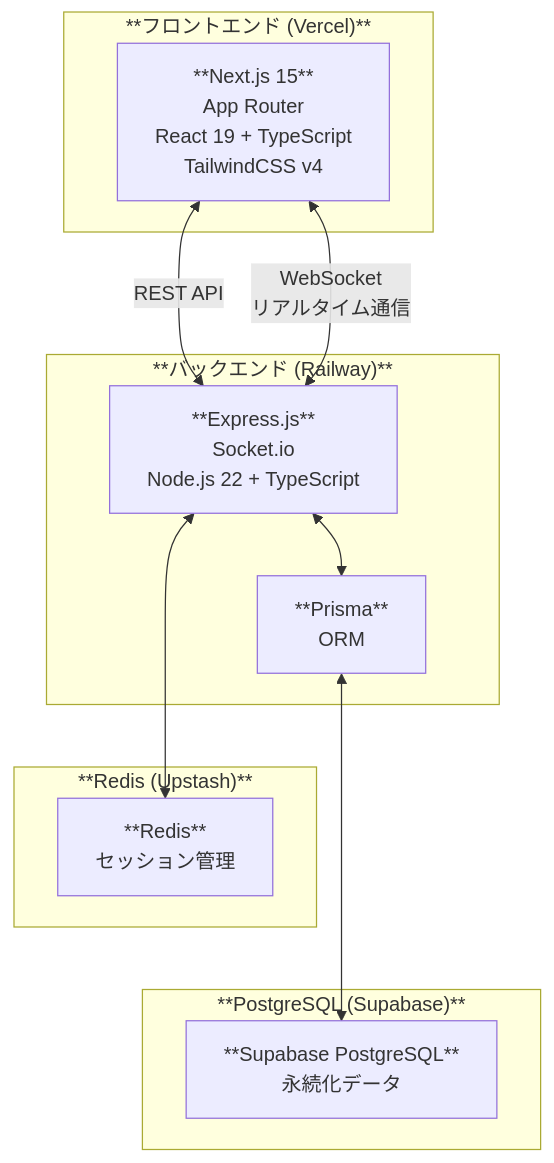
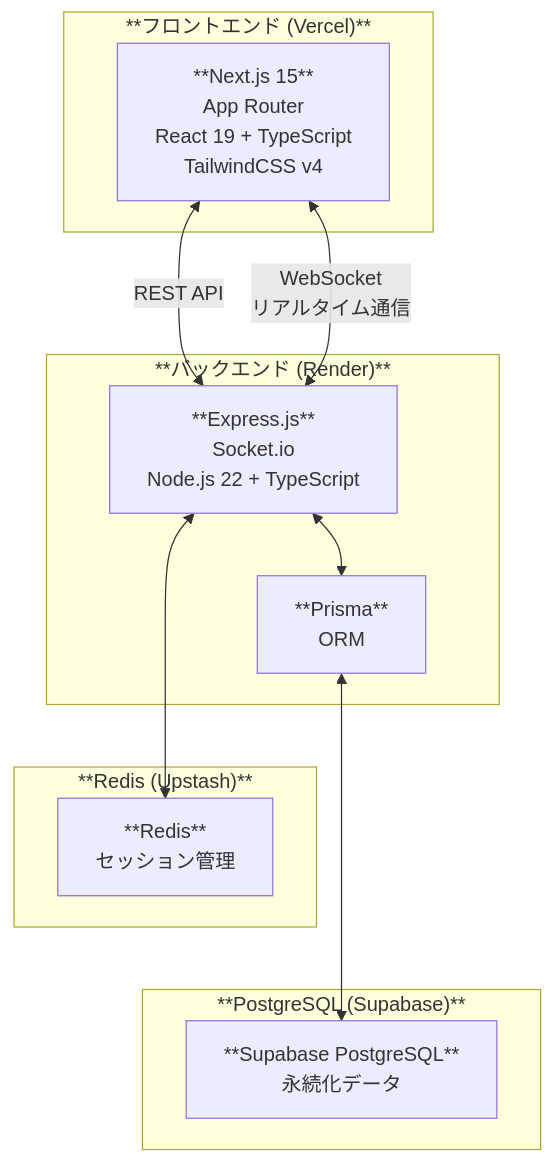
The diagram in docs/architecture.mmd (kotek-7/minpuzz), drawn with Mermaid before and after one commit. The commit also changed 3 other files, not shown here.

Commit message:
Railway → Render に修正

```diff
--- a/docs/architecture.mmd
+++ b/docs/architecture.mmd
@@ -1,28 +1,28 @@
 %%{init:{'theme':'default'}}%%
 graph TB
     %% データベース
     subgraph "**PostgreSQL (Supabase)**"
         PostgreSQL["**Supabase PostgreSQL**<br/>永続化データ"]
     end
 
     subgraph "**Redis (Upstash)**"
         Redis["**Redis**<br/>セッション管理"]
     end
 
     %% フロントエンド
     subgraph "**フロントエンド (Vercel)**"
         Frontend["**Next.js 15**<br/>App Router<br/>React 19 + TypeScript<br/>TailwindCSS v4"]
     end
     
     %% バックエンド
-    subgraph "**バックエンド (Railway)**"
+    subgraph "**バックエンド (Render)**"
         Backend["**Express.js**<br/>Socket.io<br/>Node.js 22 + TypeScript"]
         Prisma["**Prisma**<br/>ORM"]
     end
 
     %% 接続関係
     Backend <---> Redis
     Backend <--> Prisma
     Prisma <---> PostgreSQL
     Frontend <--"REST API"--> Backend
     Frontend <--"WebSocket<br/>リアルタイム通信"--> Backend
```
